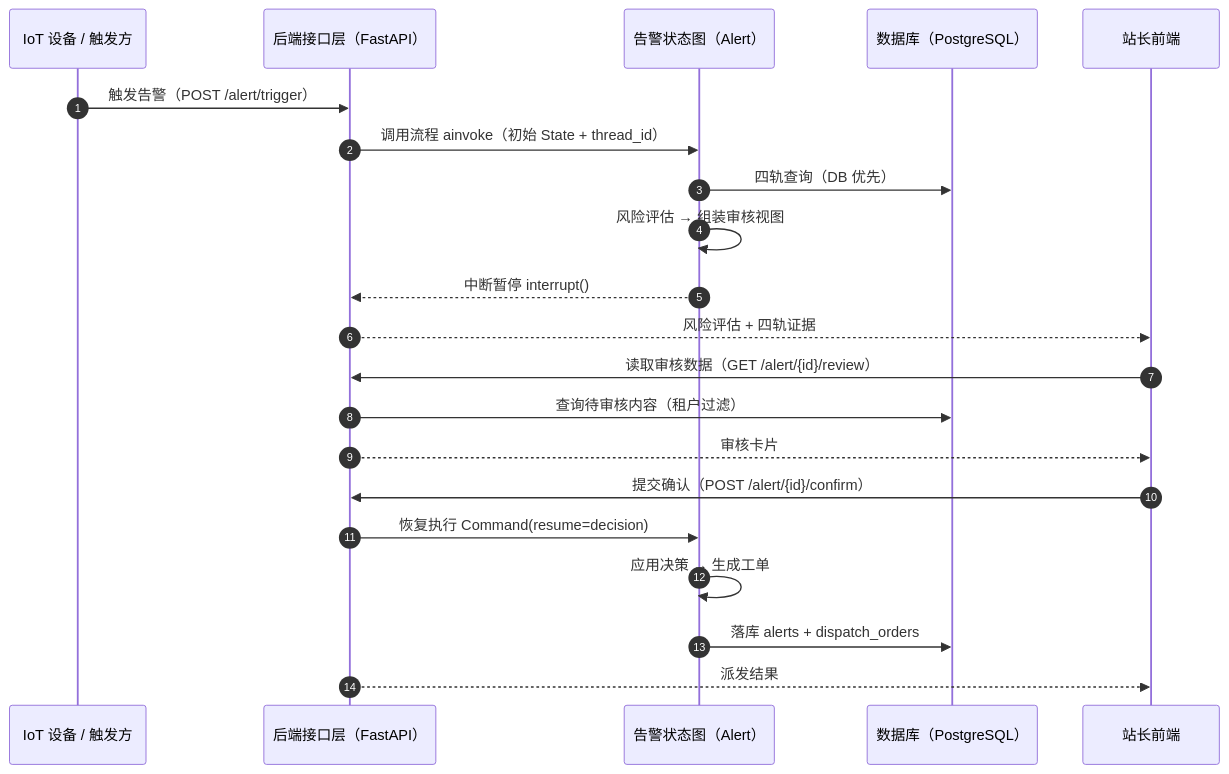
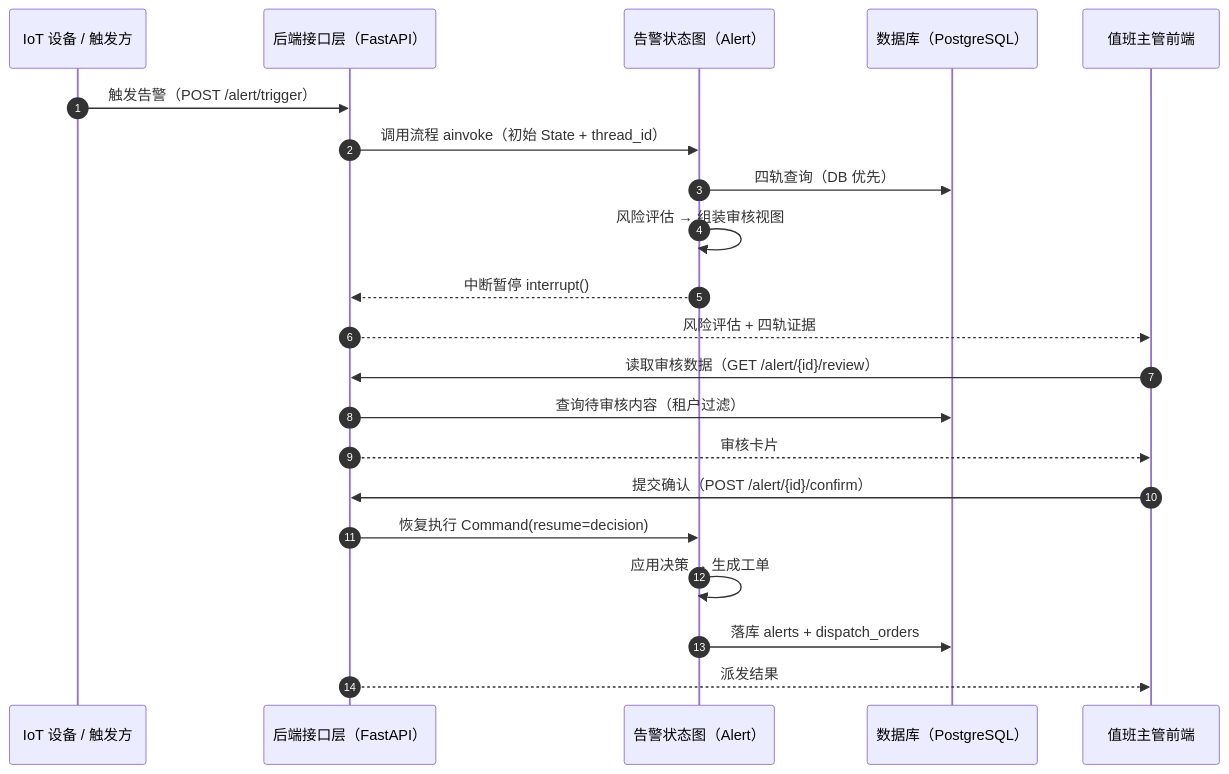
Before and after one commit to sysyan321-alt/fieldops-agent: the seventh of 13 diagrams in 文档/架构流程图.md, drawn with Mermaid. The commit also changed other lines of this file and 109 other files, not shown here.

````diff
--- a/文档/架构流程图.md
+++ b/文档/架构流程图.md
@@ -338,26 +338,26 @@
 ```mermaid
 sequenceDiagram
     autonumber
     participant W as IoT 设备 / 触发方
     participant API as 后端接口层（FastAPI）
     participant G as 告警状态图（Alert）
     participant DB as 数据库（PostgreSQL）
-    participant S as 站长前端
+    participant S as 值班主管前端
 
     W->>API: 触发告警（POST /alert/trigger）
     API->>G: 调用流程 ainvoke（初始 State + thread_id）
     G->>DB: 四轨查询（DB 优先）
     G->>G: 风险评估 → 组装审核视图
     G-->>API: 中断暂停 interrupt()
     API-->>S: 风险评估 + 四轨证据
 
     S->>API: 读取审核数据（GET /alert/{id}/review）
     API->>DB: 查询待审核内容（租户过滤）
     API-->>S: 审核卡片
 
     S->>API: 提交确认（POST /alert/{id}/confirm）
     API->>G: 恢复执行 Command(resume=decision)
     G->>G: 应用决策 → 生成工单
     G->>DB: 落库 alerts + dispatch_orders
     API-->>S: 派发结果
 ```
````
